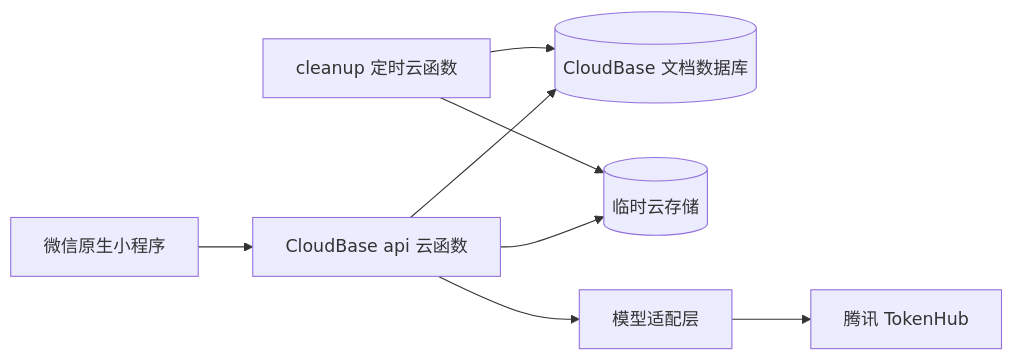
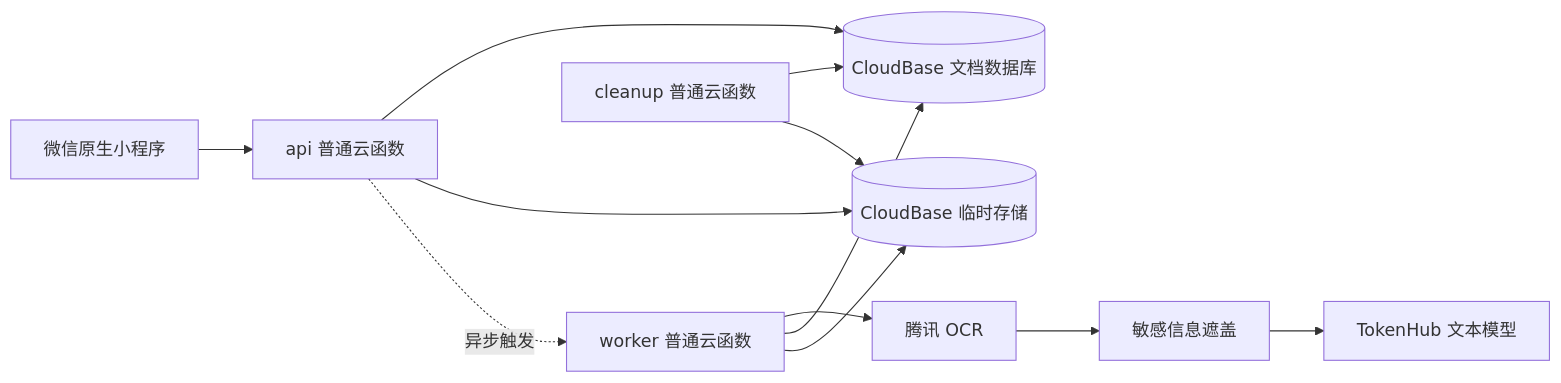
One commit to Yinzhi392/ApplyMate changed the second of 2 diagrams in memory-bank/design-document.md. Above: the diagram before and after it, drawn with Mermaid. The commit also changed other lines of this file and 7 other files, not shown here.

````diff
--- a/memory-bank/design-document.md
+++ b/memory-bank/design-document.md
@@ -119,10 +123,14 @@
 ```mermaid
 flowchart LR
-    MP[微信原生小程序] --> API[CloudBase api 云函数]
+    MP[微信原生小程序] --> API[api 普通云函数]
     API --> DB[(CloudBase 文档数据库)]
-    API --> TMP[(临时云存储)]
-    API --> ADAPTER[模型适配层]
-    ADAPTER --> TH[腾讯 TokenHub]
-    CLEAN[cleanup 定时云函数] --> DB
+    API --> TMP[(CloudBase 临时存储)]
+    API -.异步触发.-> WORKER[worker 普通云函数]
+    WORKER --> OCR[腾讯 OCR]
+    OCR --> MASK[敏感信息遮盖]
+    MASK --> TH[TokenHub 文本模型]
+    WORKER --> DB
+    WORKER --> TMP
+    CLEAN[cleanup 普通云函数] --> DB
     CLEAN --> TMP
 ```
````
